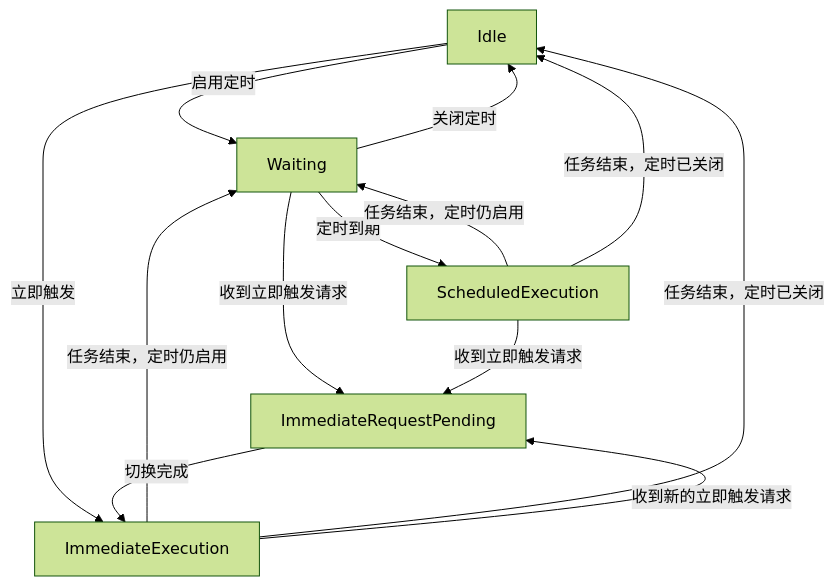
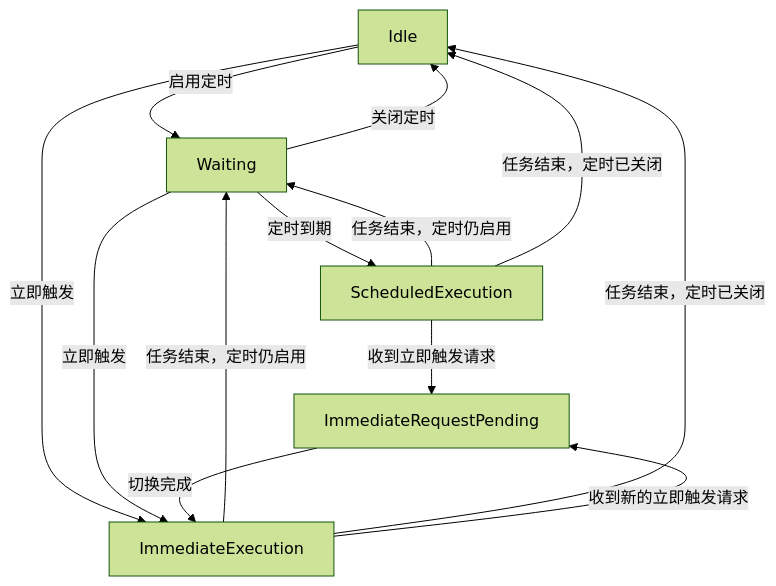
One commit to shensven/swift-sequential-executor changed the first of 2 diagrams in README-zh-CN.md. Above: the diagram before and after it, drawn with Mermaid (forest theme). The commit also changed other lines of this file and 1 other file, not shown here.

First line of the commit message:
docs: draw the Waiting to immediate execution transition directly

````diff
--- a/README-zh-CN.md
+++ b/README-zh-CN.md
@@ -205,25 +205,25 @@
 ```mermaid
 flowchart TD
     Idle["Idle"]
     Waiting["Waiting"]
     ScheduledExecution["ScheduledExecution"]
     ImmediateRequestPending["ImmediateRequestPending"]
     ImmediateExecution["ImmediateExecution"]
 
     Idle -->|启用定时| Waiting
     Idle -->|立即触发| ImmediateExecution
 
     Waiting -->|定时到期| ScheduledExecution
-    Waiting -->|收到立即触发请求| ImmediateRequestPending
+    Waiting -->|立即触发| ImmediateExecution
     Waiting -->|关闭定时| Idle
 
     ScheduledExecution -->|任务结束，定时仍启用| Waiting
     ScheduledExecution -->|任务结束，定时已关闭| Idle
     ScheduledExecution -->|收到立即触发请求| ImmediateRequestPending
 
     ImmediateRequestPending -->|切换完成| ImmediateExecution
 
     ImmediateExecution -->|任务结束，定时仍启用| Waiting
     ImmediateExecution -->|任务结束，定时已关闭| Idle
     ImmediateExecution -->|收到新的立即触发请求| ImmediateRequestPending
 ```
````
